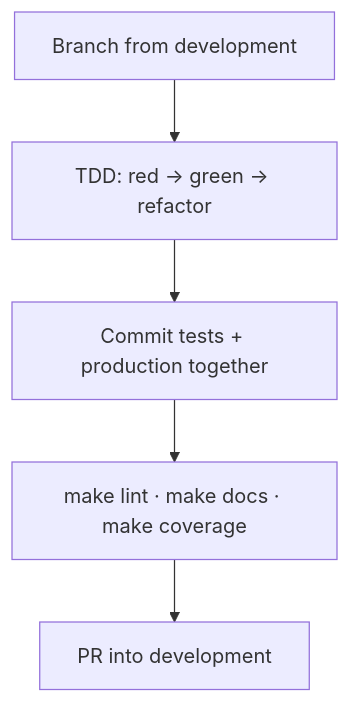
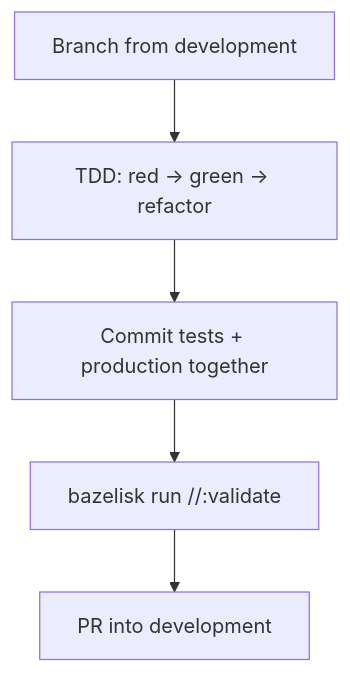
Before and after one commit to toxicoder/ez-comfy-stack: the diagram in docs/contribute/contributing.md, drawn with Mermaid. The commit also changed other lines of this file and 64 other files, not shown here.

````diff
--- a/docs/contribute/contributing.md
+++ b/docs/contribute/contributing.md
@@ -47,7 +47,7 @@
 ```mermaid
 flowchart TB
   A["Branch from development"] --> B["TDD: red → green → refactor"]
   B --> C["Commit tests + production together"]
-  C --> D["make lint · make docs · make coverage"]
+  C --> D["bazelisk run //:validate"]
   D --> E["PR into development"]
 ```
````
